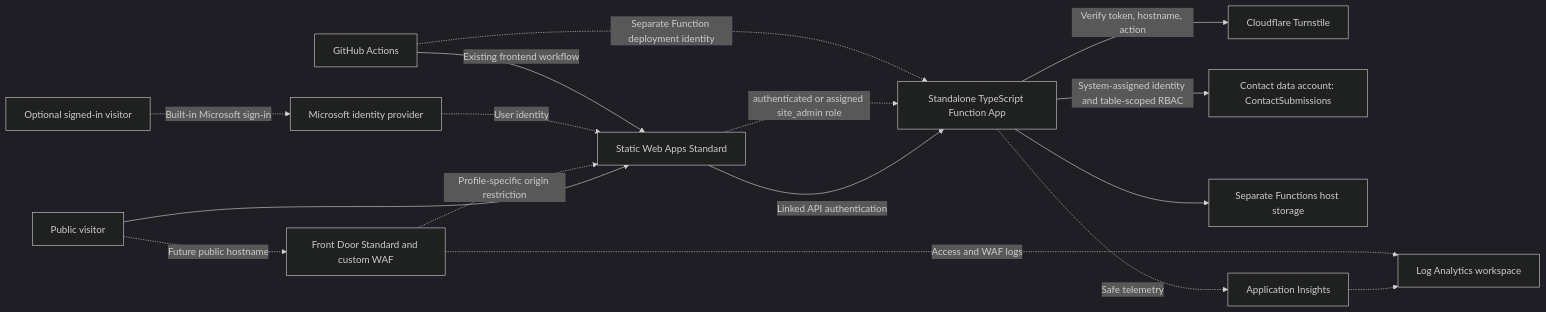
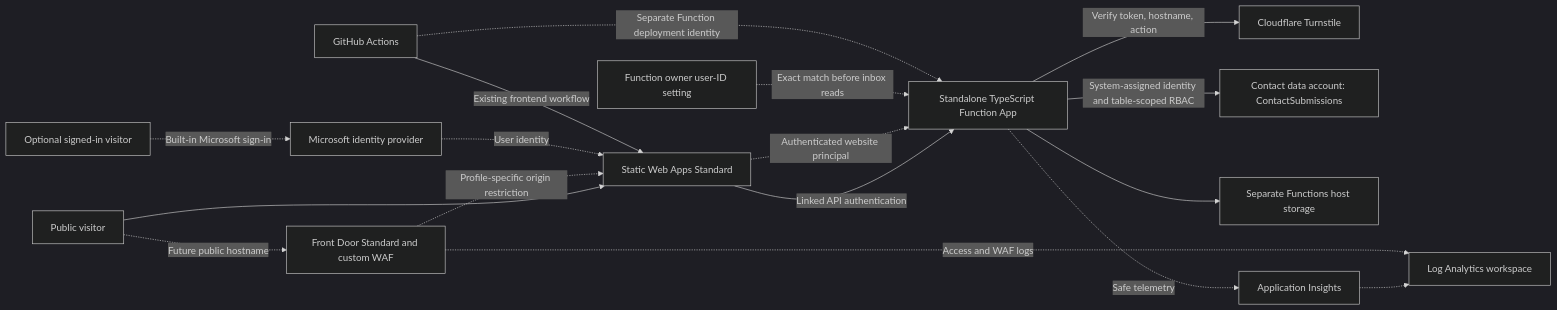
Before and after one commit to adan4650/azure-portfolio: the second of 2 diagrams in README.md, drawn with Mermaid (dark theme). The commit also changed other lines of this file and 10 other files, not shown here.

Commit message:
Authorize inbox reads with an explicitly configured owner identity

````diff
--- a/README.md
+++ b/README.md
@@ -68,18 +68,19 @@
 ```mermaid
 flowchart LR
     Visitor[Public visitor] --> SWA[Static Web Apps Standard]
     Visitor -. Future public hostname .-> FD[Front Door Standard and custom WAF]
     FD -. Profile-specific origin restriction .-> SWA
     SWA -->|Linked API authentication| API[Standalone TypeScript Function App]
     API -->|Verify token, hostname, action| Turnstile[Cloudflare Turnstile]
     API -->|System-assigned identity and table-scoped RBAC| Table[Contact data account: ContactSubmissions]
     API --> Host[Separate Functions host storage]
     Member[Optional signed-in visitor] -. Built-in Microsoft sign-in .-> Microsoft[Microsoft identity provider]
     Microsoft -. User identity .-> SWA
-    SWA -. authenticated or assigned site_admin role .-> API
+    SWA -. Authenticated website principal .-> API
+    OwnerSetting[Function owner user-ID setting] -. Exact match before inbox reads .-> API
     API -. Safe telemetry .-> AI[Application Insights]
     AI -.-> Logs[Log Analytics workspace]
     FD -. Access and WAF logs .-> Logs
     GitHub[GitHub Actions] -->|Existing frontend workflow| SWA
     GitHub -. Separate Function deployment identity .-> API
 ```
````
